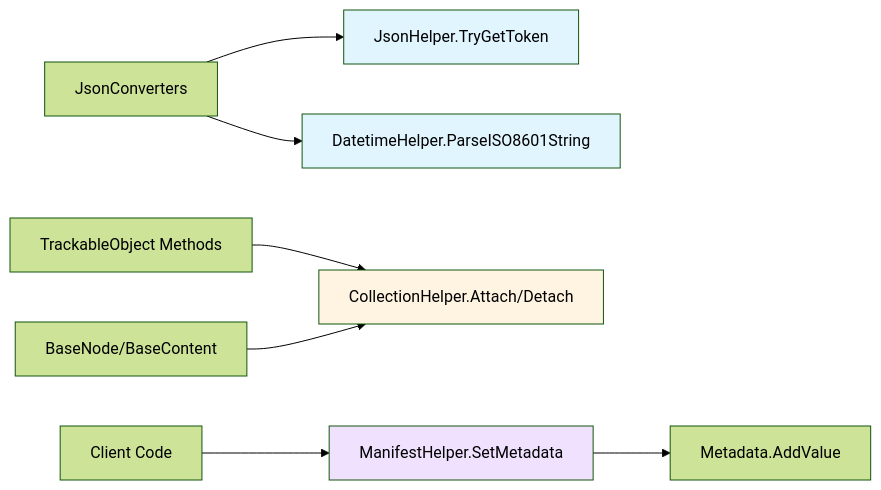
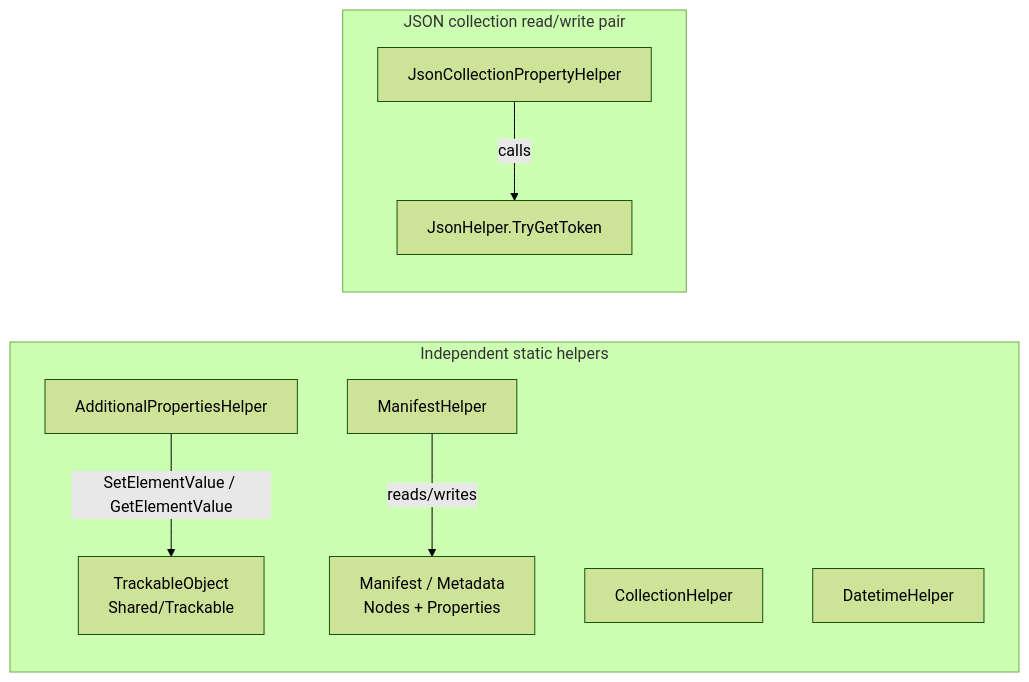
The diagram in docs/Helpers/README.md (KiarashMinoo/IIIF.Manifest.Serializer.Net), drawn with Mermaid (forest theme) before and after one commit. The commit also changed other lines of this file and 70 other files, not shown here.

````diff
--- a/docs/Helpers/README.md
+++ b/docs/Helpers/README.md
@@ -136,17 +164,14 @@
 ```mermaid
-graph LR
-    A[JsonConverters] --> B[JsonHelper.TryGetToken]
-    A --> C[DatetimeHelper.ParseISO8601String]
-    
-    D[TrackableObject Methods] --> E[CollectionHelper.Attach/Detach]
-    
-    F[Client Code] --> G[ManifestHelper.SetMetadata]
-    G --> H[Metadata.AddValue]
-    
-    I[BaseNode/BaseContent] --> E
-    
-    style B fill:#e1f5ff
-    style C fill:#e1f5ff
-    style E fill:#fff4e1
-    style G fill:#f0e1ff
+flowchart LR
+    subgraph Independent static helpers
+        A[AdditionalPropertiesHelper] -->|SetElementValue / GetElementValue| T[TrackableObject<br/>Shared/Trackable]
+        C[CollectionHelper]
+        D[DatetimeHelper]
+        M[ManifestHelper] -->|reads/writes| Mf[Manifest / Metadata<br/>Nodes + Properties]
+    end
+
+    subgraph JSON collection read/write pair
+        J[JsonHelper.TryGetToken]
+        JCP[JsonCollectionPropertyHelper] -->|calls| J
+    end
 ```
````
